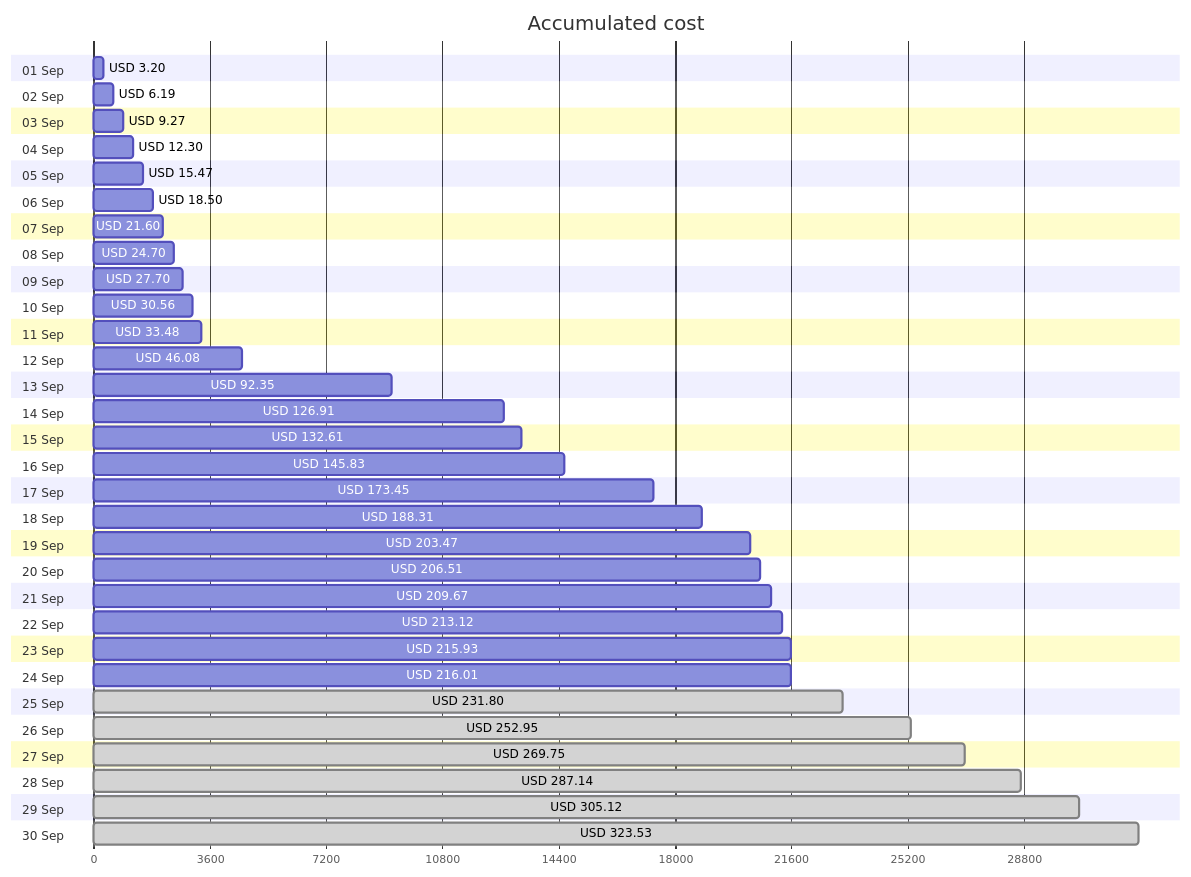
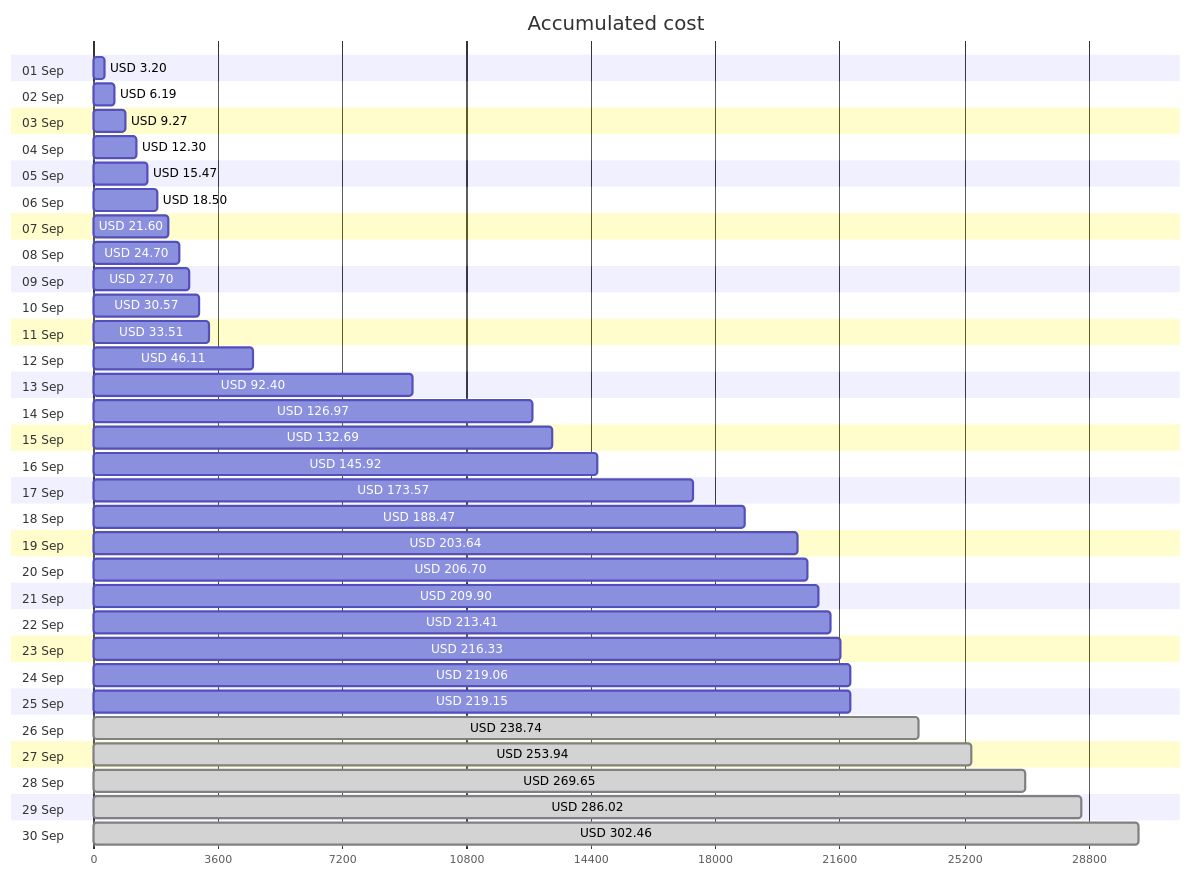
The first of 4 diagrams in cost-reports/personal-network/README.md (jpfulton/azure-personal-reports), drawn with Mermaid before and after one commit. The commit also changed other lines of this file and 9 other files, not shown here.

````diff
--- a/cost-reports/personal-network/README.md
+++ b/cost-reports/personal-network/README.md
@@ -20,66 +20,66 @@
 ```mermaid
 gantt
    title Accumulated cost
    dateFormat  X
    axisFormat %s
    section 01 Sep
    USD 3.20 :0, 320
    section 02 Sep
    USD 6.19 :0, 619
    section 03 Sep
    USD 9.27 :0, 927
    section 04 Sep
    USD 12.30 :0, 1230
    section 05 Sep
    USD 15.47 :0, 1547
    section 06 Sep
    USD 18.50 :0, 1850
    section 07 Sep
    USD 21.60 :0, 2160
    section 08 Sep
    USD 24.70 :0, 2470
    section 09 Sep
    USD 27.70 :0, 2770
    section 10 Sep
-   USD 30.56 :0, 3056
+   USD 30.57 :0, 3057
    section 11 Sep
-   USD 33.48 :0, 3348
+   USD 33.51 :0, 3351
    section 12 Sep
-   USD 46.08 :0, 4608
+   USD 46.11 :0, 4611
    section 13 Sep
-   USD 92.35 :0, 9235
+   USD 92.40 :0, 9240
    section 14 Sep
-   USD 126.91 :0, 12691
+   USD 126.97 :0, 12697
    section 15 Sep
-   USD 132.61 :0, 13261
+   USD 132.69 :0, 13269
    section 16 Sep
-   USD 145.83 :0, 14583
+   USD 145.92 :0, 14592
    section 17 Sep
-   USD 173.45 :0, 17345
+   USD 173.57 :0, 17357
    section 18 Sep
-   USD 188.31 :0, 18831
+   USD 188.47 :0, 18847
    section 19 Sep
-   USD 203.47 :0, 20347
+   USD 203.64 :0, 20364
    section 20 Sep
-   USD 206.51 :0, 20651
+   USD 206.70 :0, 20670
    section 21 Sep
-   USD 209.67 :0, 20967
+   USD 209.90 :0, 20990
    section 22 Sep
-   USD 213.12 :0, 21312
+   USD 213.41 :0, 21341
    section 23 Sep
-   USD 215.93 :0, 21593
+   USD 216.33 :0, 21633
    section 24 Sep
-   USD 216.01 :0, 21601
+   USD 219.06 :0, 21906
    section 25 Sep
-   USD 231.80 : done, 0, 23180
+   USD 219.15 :0, 21915
    section 26 Sep
-   USD 252.95 : done, 0, 25295
+   USD 238.74 : done, 0, 23874
    section 27 Sep
-   USD 269.75 : done, 0, 26975
+   USD 253.94 : done, 0, 25394
    section 28 Sep
-   USD 287.14 : done, 0, 28714
+   USD 269.65 : done, 0, 26965
    section 29 Sep
-   USD 305.12 : done, 0, 30512
+   USD 286.02 : done, 0, 28602
    section 30 Sep
-   USD 323.53 : done, 0, 32353
+   USD 302.46 : done, 0, 30246
 ```
````
